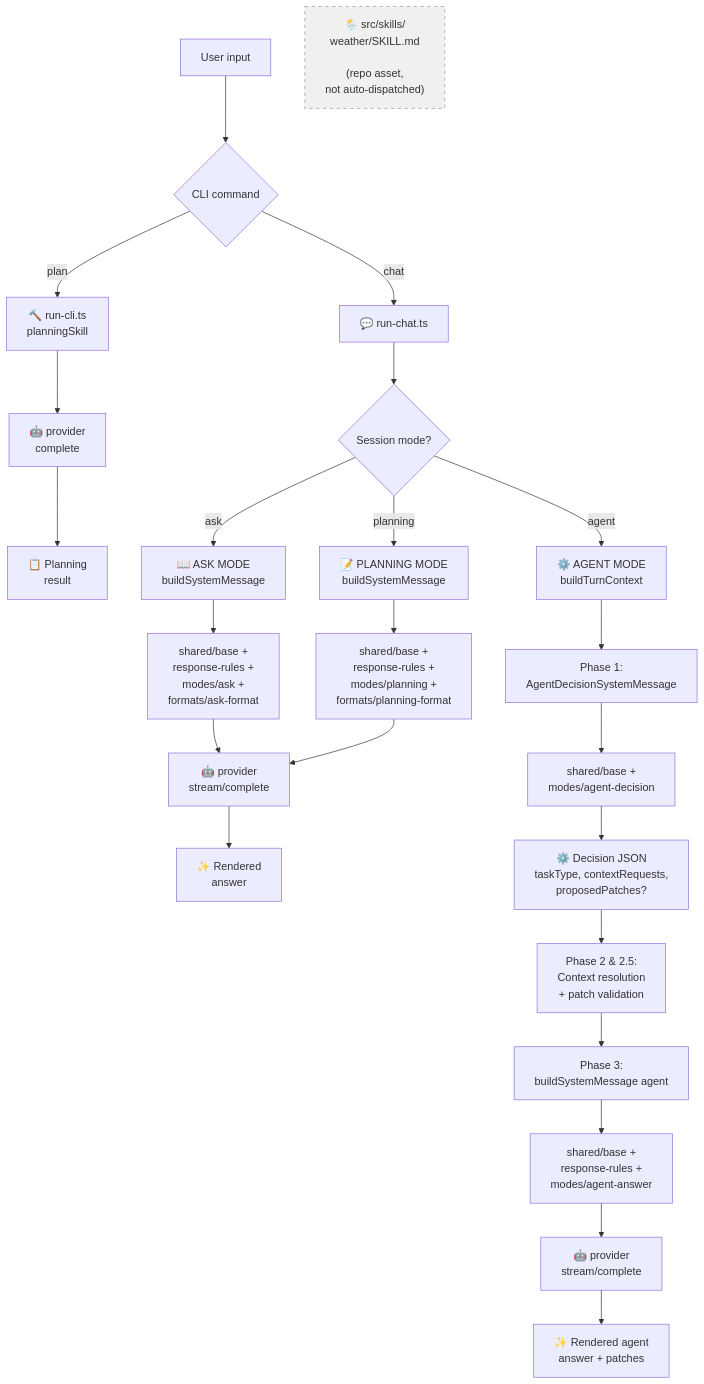
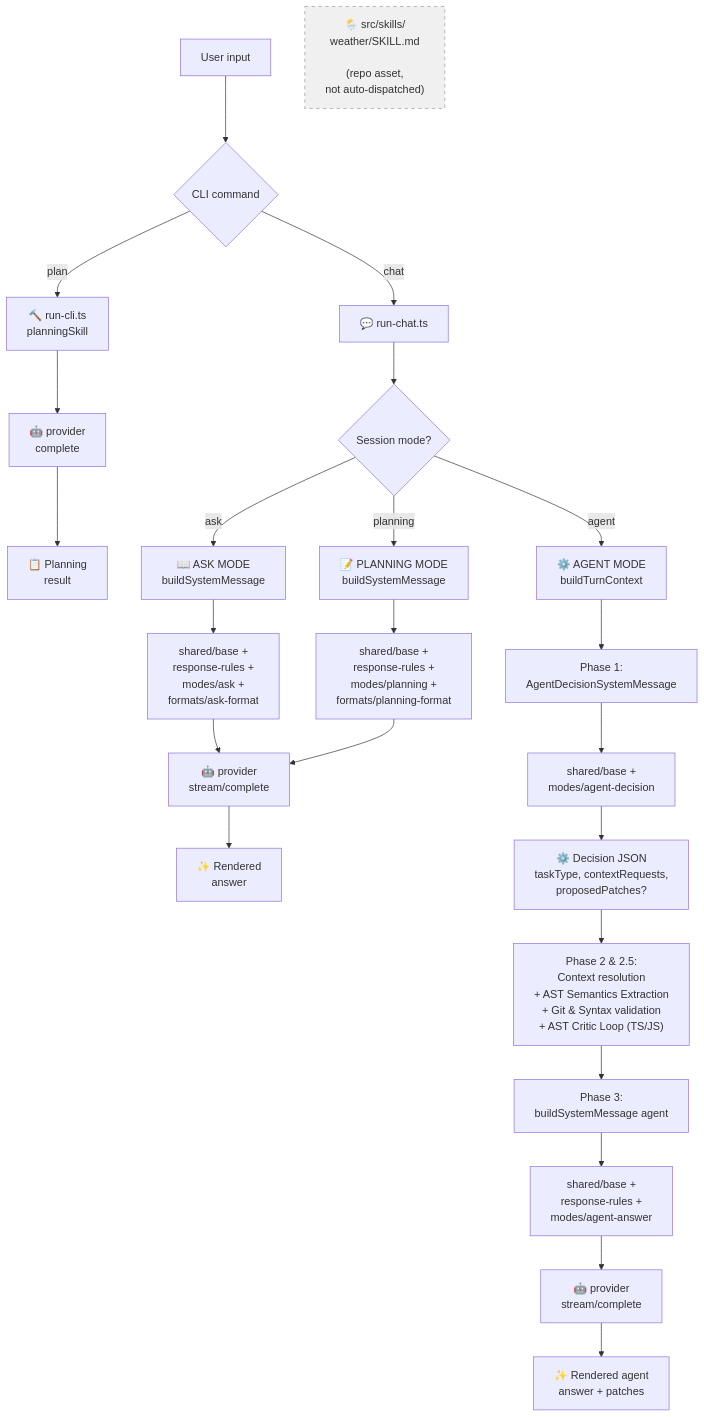
One commit to lucasaguilar/rei changed the diagram in docs/prompt-architecture.md. Above: the diagram before and after it, drawn with Mermaid. The commit also changed 6 other files, not shown here.

Commit message:
feat: implement AST-based Critic Loop for TS/JS patch validation and add run-rei.sh helper script

````diff
--- a/docs/prompt-architecture.md
+++ b/docs/prompt-architecture.md
@@ -147,33 +147,33 @@
 ```mermaid
 flowchart TD
   A[User input] --> B{CLI command}
 
   B -->|plan| C["🔨 run-cli.ts<br/>planningSkill"]
   C --> D["🤖 provider<br/>complete"]
   D --> G["📋 Planning<br/>result"]
 
   B -->|chat| H["💬 run-chat.ts"]
   H --> I{Session mode?}
 
   I -->|ask| J["📖 ASK MODE<br/>buildSystemMessage"]
   J --> JA["shared/base +<br/>response-rules +<br/>modes/ask +<br/>formats/ask-format"]
   JA --> O["🤖 provider<br/>stream/complete"]
   O --> OM["✨ Rendered<br/>answer"]
 
   I -->|planning| P["📝 PLANNING MODE<br/>buildSystemMessage"]
   P --> PA["shared/base +<br/>response-rules +<br/>modes/planning +<br/>formats/planning-format"]
   PA --> O
 
   I -->|agent| U["⚙️ AGENT MODE<br/>buildTurnContext"]
   U --> V["Phase 1:<br/>AgentDecisionSystemMessage"]
   V --> VA["shared/base +<br/>modes/agent-decision"]
   VA --> Y["⚙️ Decision JSON<br/>taskType, contextRequests,<br/>proposedPatches?"]
-  Y --> Z["Phase 2 & 2.5:<br/>Context resolution<br/>+ patch validation"]
+  Y --> Z["Phase 2 & 2.5:<br/>Context resolution<br/>+ AST Semantics Extraction<br/>+ Git & Syntax validation<br/>+ AST Critic Loop (TS/JS)"]
   Z --> AA["Phase 3:<br/>buildSystemMessage agent"]
   AA --> AAA["shared/base +<br/>response-rules +<br/>modes/agent-answer"]
   AAA --> AE["🤖 provider<br/>stream/complete"]
   AE --> AF["✨ Rendered agent<br/>answer + patches"]
 
   style AG fill:#f0f0f0,stroke:#999,stroke-dasharray: 5 5
   AG["🌦️ src/skills/<br/>weather/SKILL.md<br/><br/>(repo asset,<br/>not auto-dispatched)"]
 ```
````
